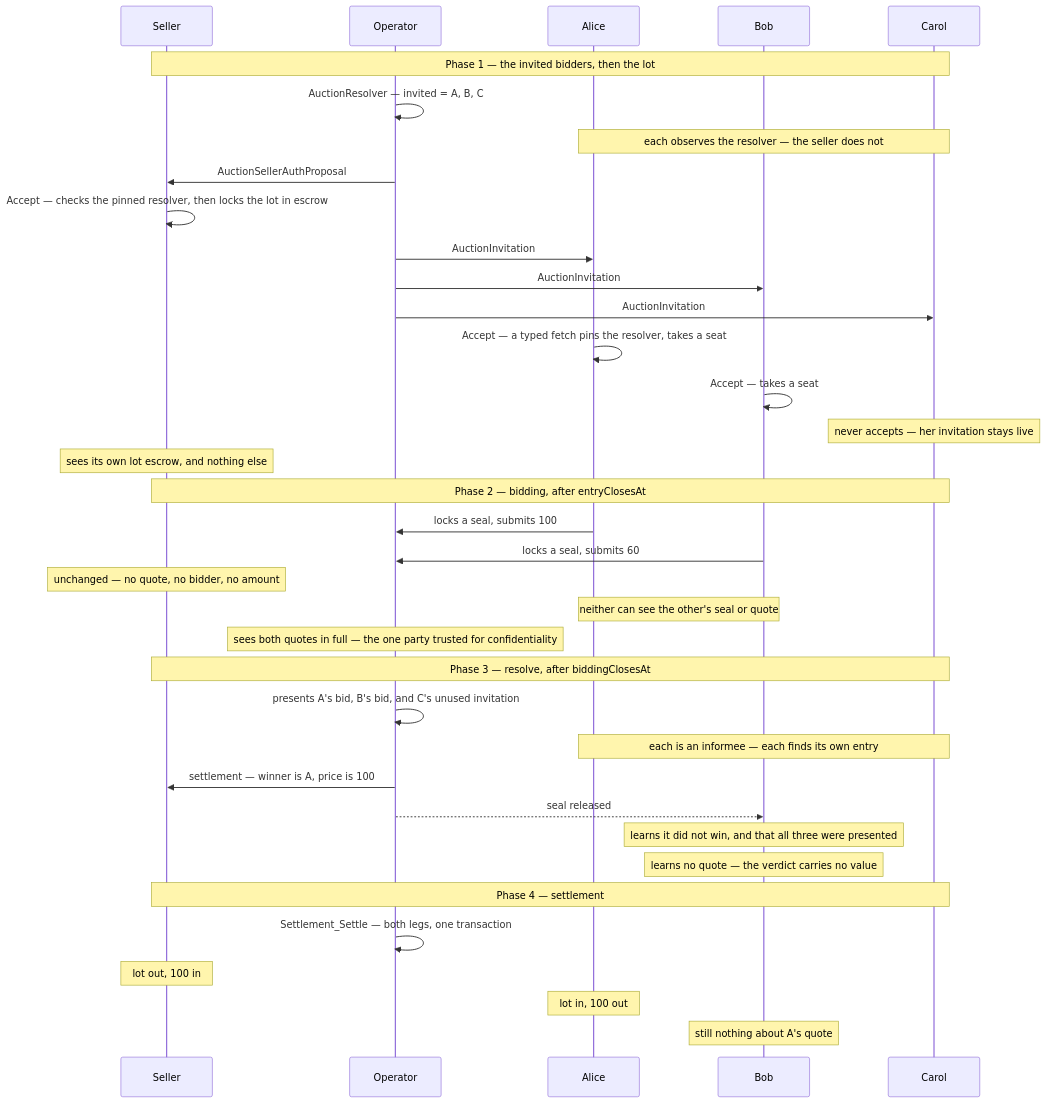
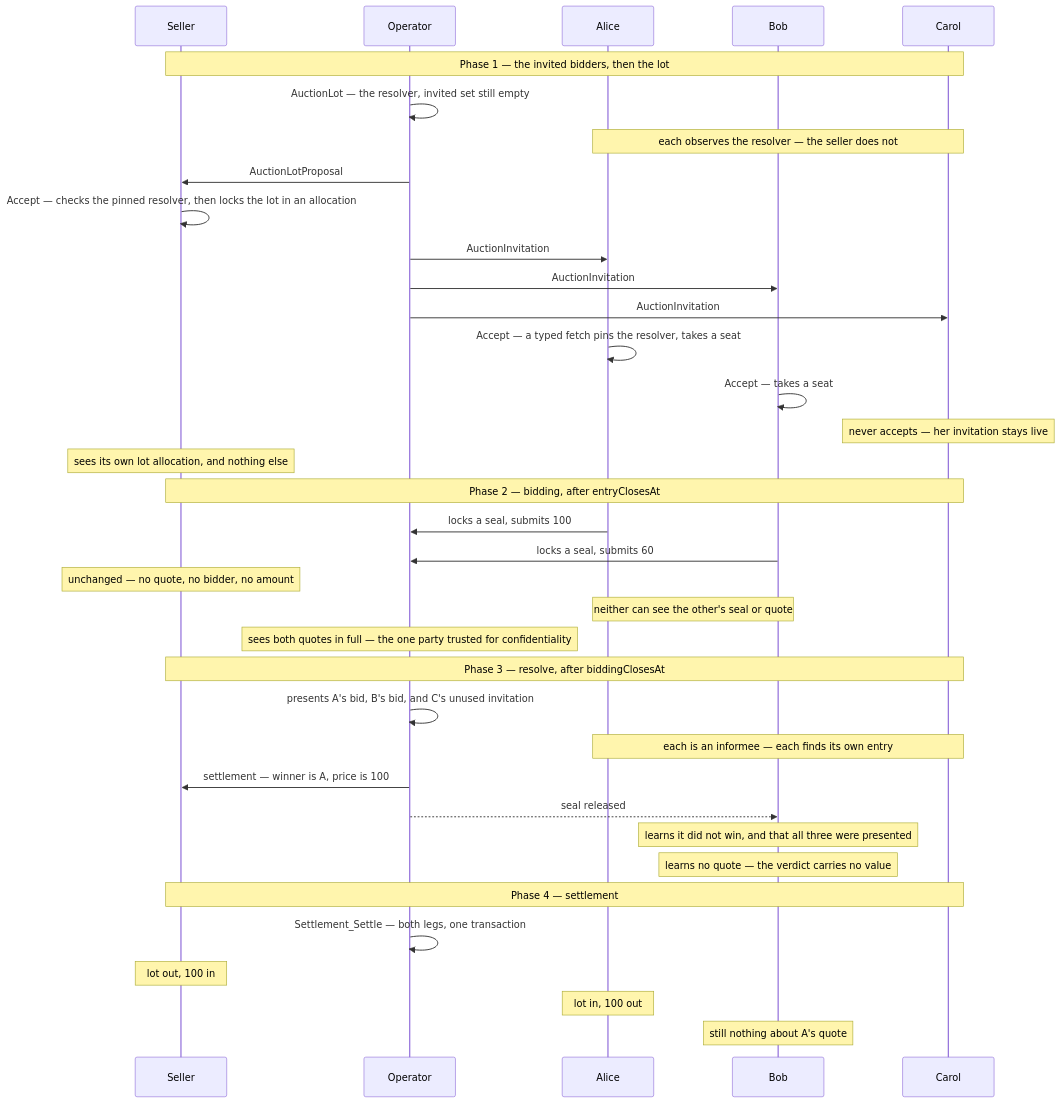
One commit to unlockitio/concordia changed the first of 6 diagrams in examples/auctions/sealed-bid-first-price-high-trust/DEMOS.md. Above: the diagram before and after it, drawn with Mermaid. The commit also changed other lines of this file and 42 other files, not shown here.

````diff
--- a/examples/auctions/sealed-bid-first-price-high-trust/DEMOS.md
+++ b/examples/auctions/sealed-bid-first-price-high-trust/DEMOS.md
@@ -58,42 +63,42 @@
 ```mermaid
 sequenceDiagram
     participant S as Seller
     participant O as Operator
     participant A as Alice
     participant B as Bob
     participant C as Carol
 
     Note over S,C: Phase 1 — the invited bidders, then the lot
-    O->>O: AuctionResolver — invited = A, B, C
+    O->>O: AuctionLot — the resolver, invited set still empty
     Note over A,C: each observes the resolver — the seller does not
-    O->>S: AuctionSellerAuthProposal
-    S->>S: Accept — checks the pinned resolver, then locks the lot in escrow
+    O->>S: AuctionLotProposal
+    S->>S: Accept — checks the pinned resolver, then locks the lot in an allocation
     O->>A: AuctionInvitation
     O->>B: AuctionInvitation
     O->>C: AuctionInvitation
     A->>A: Accept — a typed fetch pins the resolver, takes a seat
     B->>B: Accept — takes a seat
     Note over C: never accepts — her invitation stays live
-    Note over S: sees its own lot escrow, and nothing else
+    Note over S: sees its own lot allocation, and nothing else
 
     Note over S,C: Phase 2 — bidding, after entryClosesAt
     A->>O: locks a seal, submits 100
     B->>O: locks a seal, submits 60
     Note over S: unchanged — no quote, no bidder, no amount
     Note over A,B: neither can see the other's seal or quote
     Note over O: sees both quotes in full — the one party trusted for confidentiality
 
     Note over S,C: Phase 3 — resolve, after biddingClosesAt
     O->>O: presents A's bid, B's bid, and C's unused invitation
     Note over A,C: each is an informee — each finds its own entry
     O->>S: settlement — winner is A, price is 100
     O-->>B: seal released
     Note over B: learns it did not win, and that all three were presented
     Note over B: learns no quote — the verdict carries no value
 
     Note over S,C: Phase 4 — settlement
     O->>O: Settlement_Settle — both legs, one transaction
     Note over S: lot out, 100 in
     Note over A: lot in, 100 out
     Note over B: still nothing about A's quote
 ```
````
